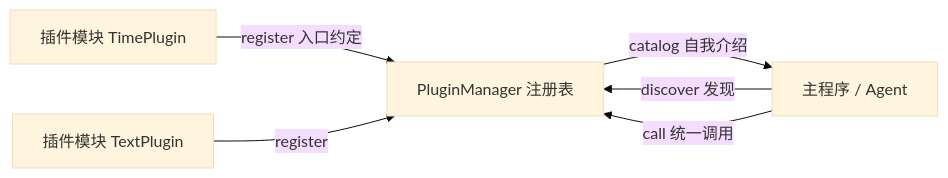
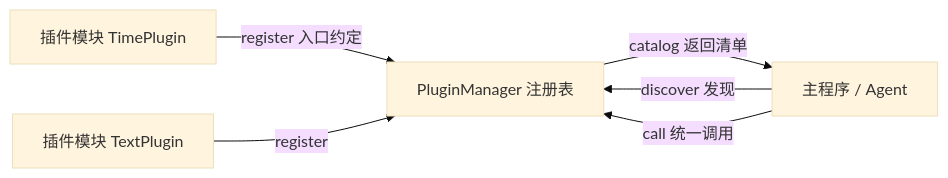
Before and after one commit to xxxAndlk/AI_Agent_Learning_path: the diagram in 14.AI应用开发/第04课_AI插件系统/第04课.md, drawn with Mermaid (base theme). The commit also changed other lines of this file and 3 other files, not shown here.

````diff
--- a/14.AI应用开发/第04课_AI插件系统/第04课.md
+++ b/14.AI应用开发/第04课_AI插件系统/第04课.md
@@ -9,8 +9,8 @@
 ```mermaid
 flowchart LR
     M1["插件模块 TimePlugin"] -->|"register 入口约定"| PM["PluginManager 注册表"]
     M2["插件模块 TextPlugin"] -->|"register"| PM
     APP["主程序 / Agent"] -->|"discover 发现"| PM
     APP -->|"call 统一调用"| PM
-    PM -->|"catalog 自我介绍"| APP
+    PM -->|"catalog 返回清单"| APP
 ```
````
